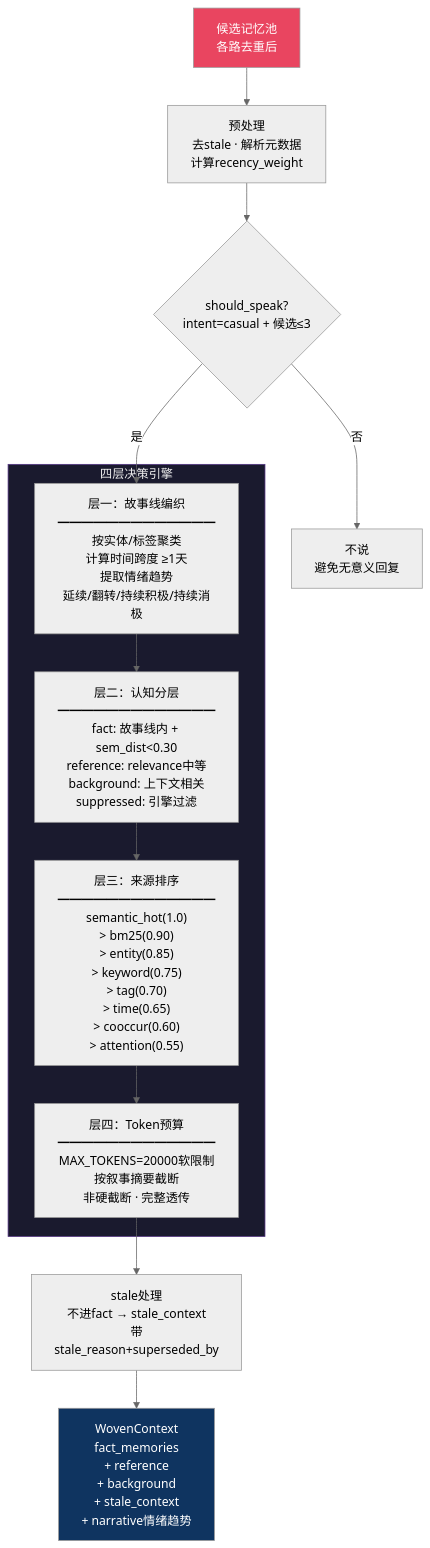
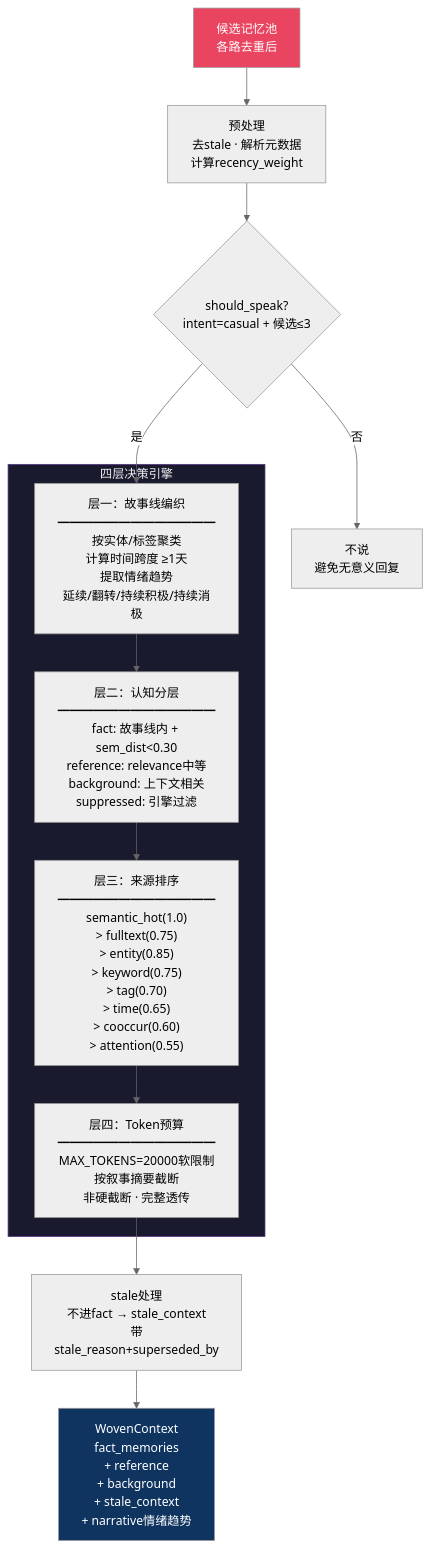
Before and after one commit to 834063245-creator/-First-beat.CH-MemorySystem: the fourth of 11 diagrams in ARCHITECTURE_DIAGRAM.md, drawn with Mermaid (neutral theme). The commit also changed other lines of this file and 15 other files, not shown here.

````diff
--- a/ARCHITECTURE_DIAGRAM.md
+++ b/ARCHITECTURE_DIAGRAM.md
@@ -153,22 +153,22 @@
 ```mermaid
 flowchart TB
     CANDIDATES["候选记忆池<br/>各路去重后"] --> PRE["预处理<br/>去stale · 解析元数据<br/>计算recency_weight"]
     
     PRE --> CHECK{"should_speak?<br/>intent=casual + 候选≤3"}
     CHECK -->|"否"| SILENT["不说<br/>避免无意义回复"]
     CHECK -->|"是"| L1
 
     subgraph WEAVE["四层决策引擎"]
         L1["层一：故事线编织<br/>━━━━━━━━━━━━━<br/>按实体/标签聚类<br/>计算时间跨度 ≥1天<br/>提取情绪趋势<br/>延续/翻转/持续积极/持续消极"]
         L1 --> L2["层二：认知分层<br/>━━━━━━━━━━━━━<br/>fact: 故事线内 + sem_dist<0.30<br/>reference: relevance中等<br/>background: 上下文相关<br/>suppressed: 引擎过滤"]
-        L2 --> L3["层三：来源排序<br/>━━━━━━━━━━━━━<br/>semantic_hot(1.0)<br/>> bm25(0.90)<br/>> entity(0.85)<br/>> keyword(0.75)<br/>> tag(0.70)<br/>> time(0.65)<br/>> cooccur(0.60)<br/>> attention(0.55)"]
+        L2 --> L3["层三：来源排序<br/>━━━━━━━━━━━━━<br/>semantic_hot(1.0)<br/>> fulltext(0.75)<br/>> entity(0.85)<br/>> keyword(0.75)<br/>> tag(0.70)<br/>> time(0.65)<br/>> cooccur(0.60)<br/>> attention(0.55)"]
         L3 --> L4["层四：Token预算<br/>━━━━━━━━━━━━━<br/>MAX_TOKENS=20000软限制<br/>按叙事摘要截断<br/>非硬截断 · 完整透传"]
     end
 
     L4 --> STALE["stale处理<br/>不进fact → stale_context<br/>带stale_reason+superseded_by"]
     STALE --> OUTPUT["WovenContext<br/>fact_memories<br/>+ reference<br/>+ background<br/>+ stale_context<br/>+ narrative情绪趋势"]
 
     style CANDIDATES fill:#e94560,color:#fff
     style OUTPUT fill:#0f3460,color:#fff
     style WEAVE fill:#1a1a2e,stroke:#533483,color:#eee
 ```
````
